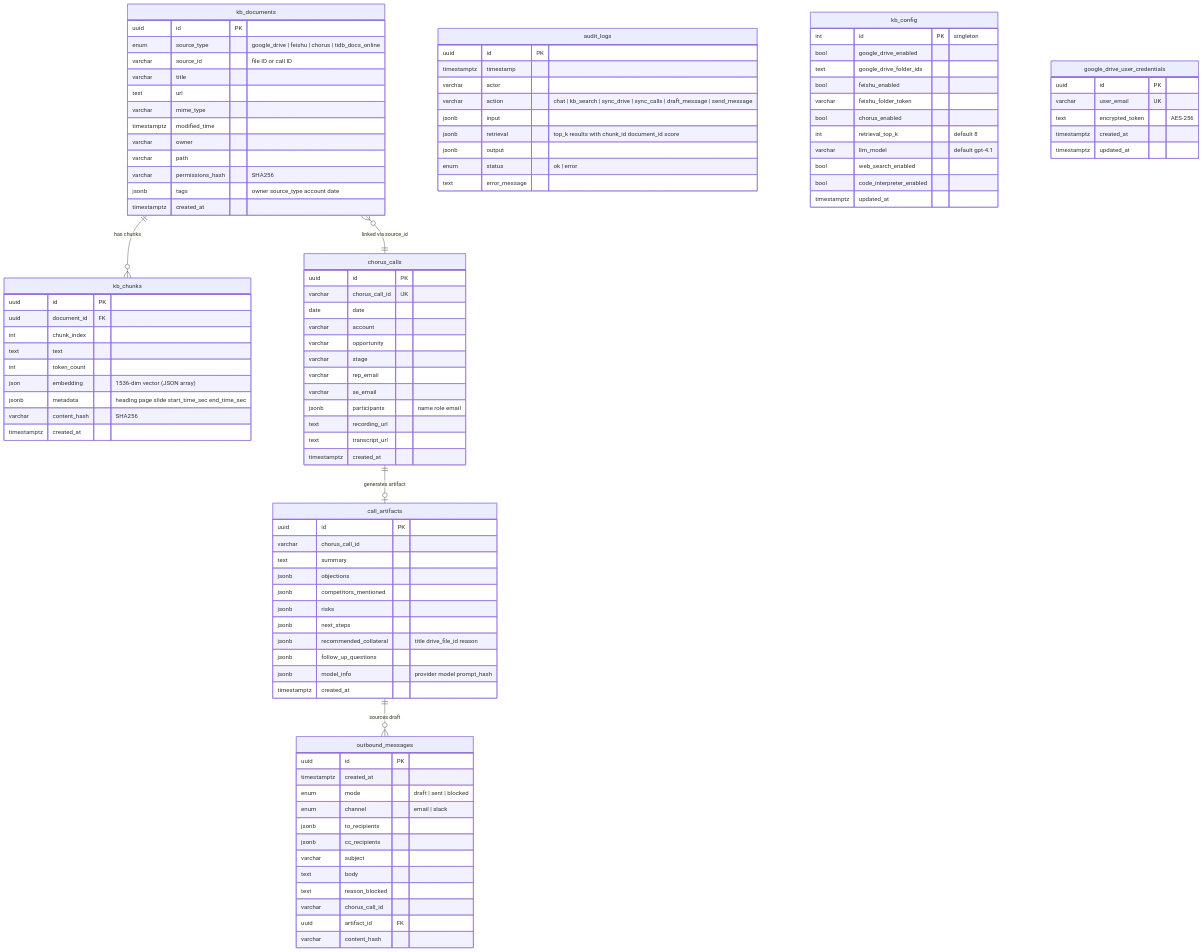
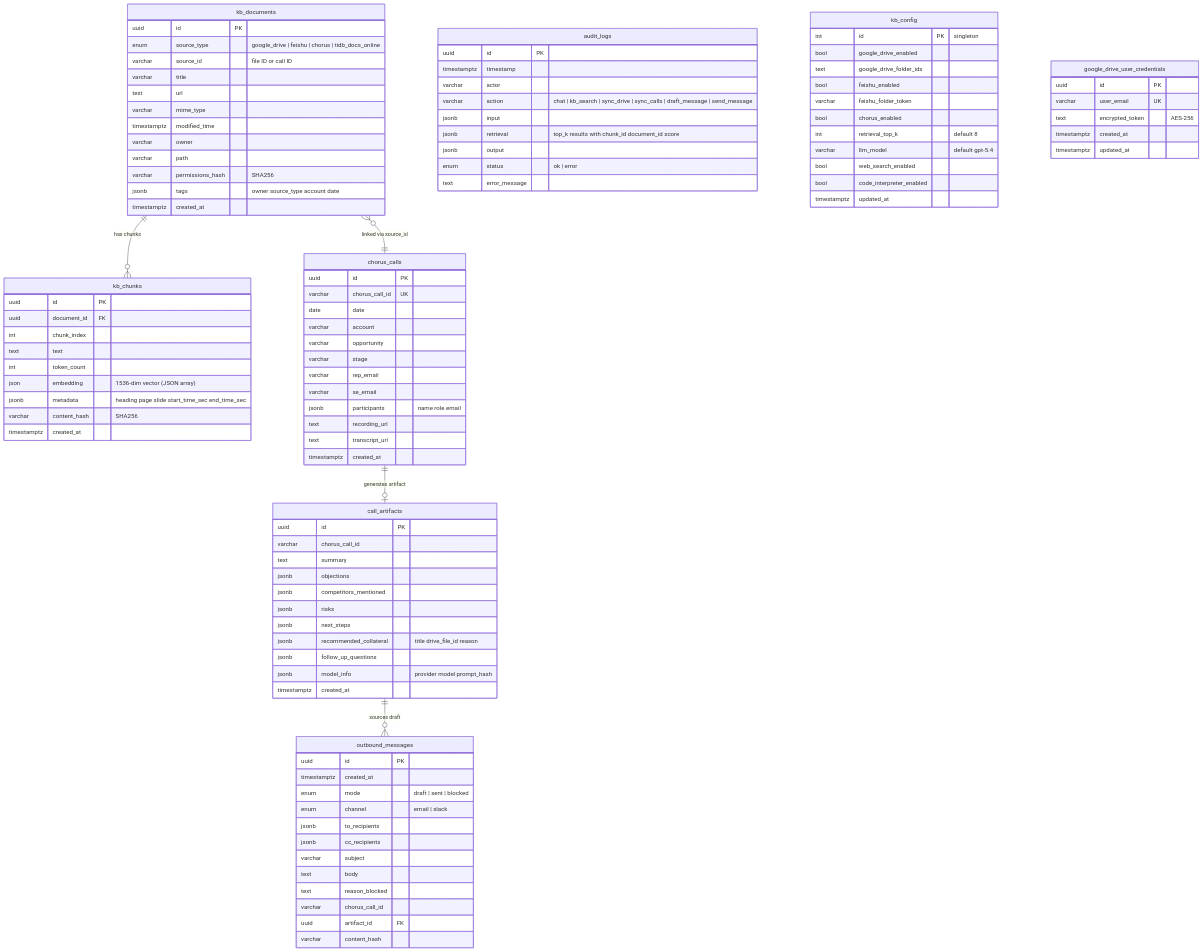
One commit to stephenlthorn/gtm-copilot-oss changed the ninth of 11 diagrams in README.md. Above: the diagram before and after it, drawn with Mermaid. The commit also changed other lines of this file, not shown here.

First line of the commit message:
docs: update README - remove Firecrawl, fix oracle mode, update model names

```diff
--- a/README.md
+++ b/README.md
@@ -562,7 +566,7 @@
         varchar feishu_folder_token
         bool chorus_enabled
         int retrieval_top_k "default 8"
-        varchar llm_model "default gpt-4.1"
+        varchar llm_model "default gpt-5.4"
         bool web_search_enabled
         bool code_interpreter_enabled
         timestamptz updated_at
```
